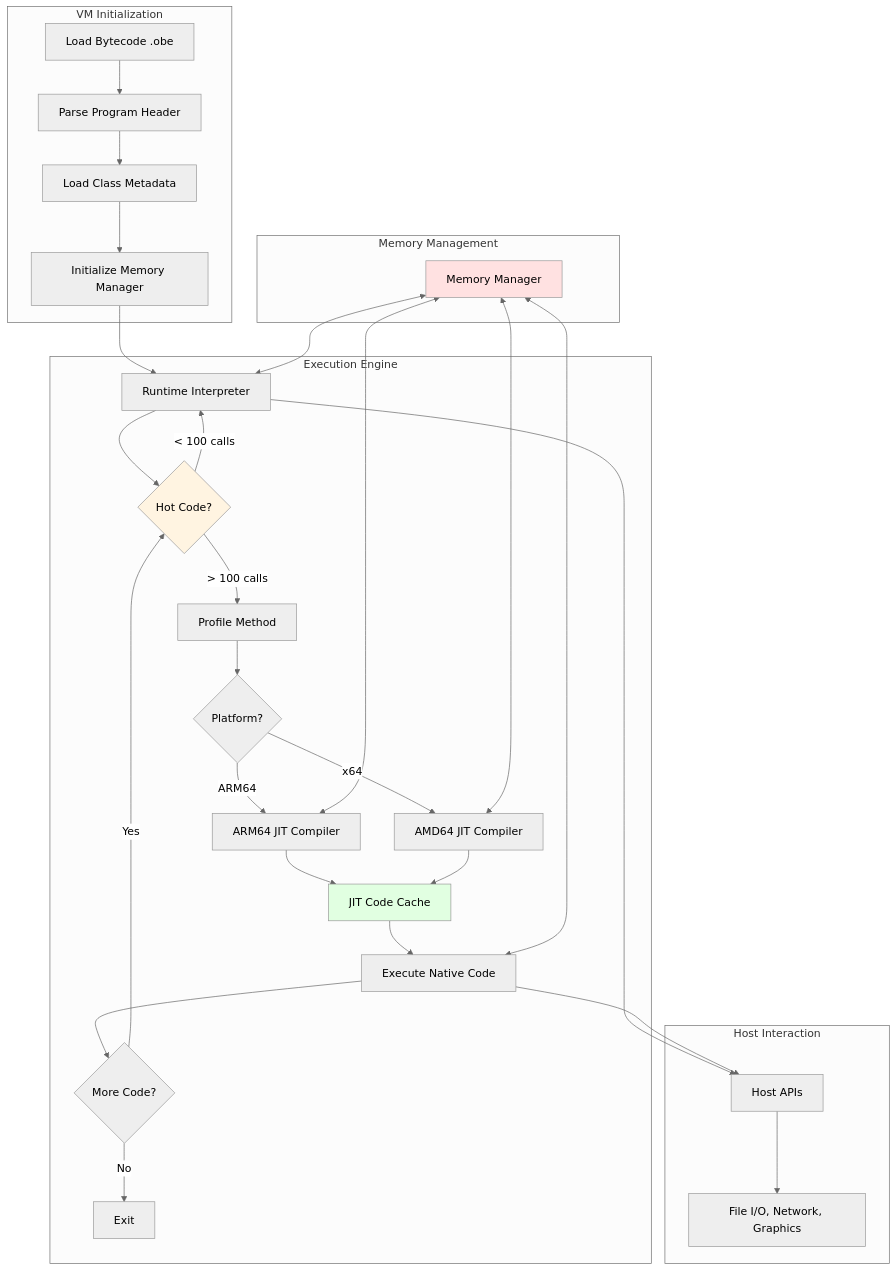
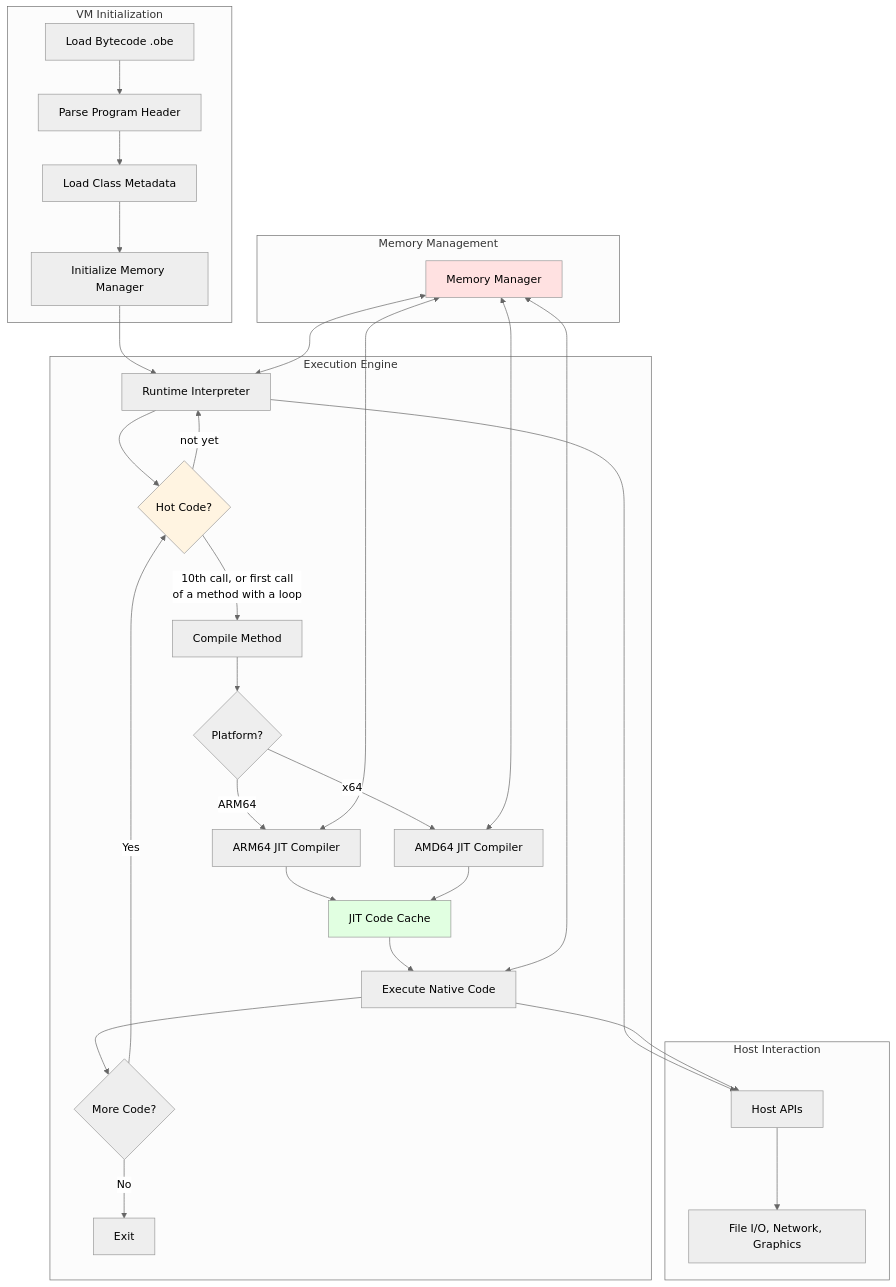
Before and after one commit to objeck/objeck-lang: the fourth of 24 diagrams in docs/architecture.md, drawn with Mermaid (neutral theme). The commit also changed other lines of this file and 8 other files, not shown here.

First line of the commit message:
docs: refresh architecture, JIT and index docs

````diff
--- a/docs/architecture.md
+++ b/docs/architecture.md
@@ -211,47 +218,47 @@
 ```mermaid
 flowchart TB
     subgraph "VM Initialization"
         A[Load Bytecode .obe] --> B[Parse Program Header]
         B --> C[Load Class Metadata]
         C --> D[Initialize Memory Manager]
     end
 
     subgraph "Execution Engine"
         D --> E[Runtime Interpreter]
         E --> F{Hot Code?}
 
-        F -->|"< 100 calls"| E
-        F -->|"> 100 calls"| G[Profile Method]
+        F -->|"not yet"| E
+        F -->|"10th call, or first call<br/>of a method with a loop"| G[Compile Method]
 
         G --> H{Platform?}
         H -->|ARM64| I[ARM64 JIT Compiler]
         H -->|x64| J[AMD64 JIT Compiler]
 
         I --> K[JIT Code Cache]
         J --> K
 
         K --> L[Execute Native Code]
         L --> M{More Code?}
         M -->|Yes| F
         M -->|No| N[Exit]
     end
 
     subgraph "Memory Management"
         O[Memory Manager]
         O <--> E
         O <--> I
         O <--> J
         O <--> L
     end
 
     subgraph "Host Interaction"
         P[Host APIs]
         E --> P
         L --> P
         P --> Q[File I/O, Network, Graphics]
     end
 
     style F fill:#fff4e1
     style K fill:#e1ffe1
     style O fill:#ffe1e1
 ```
````
